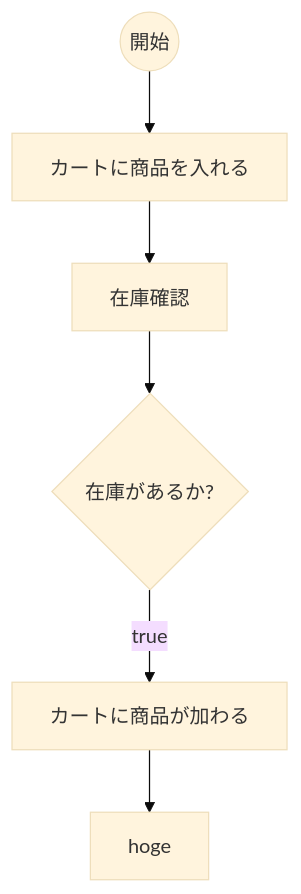
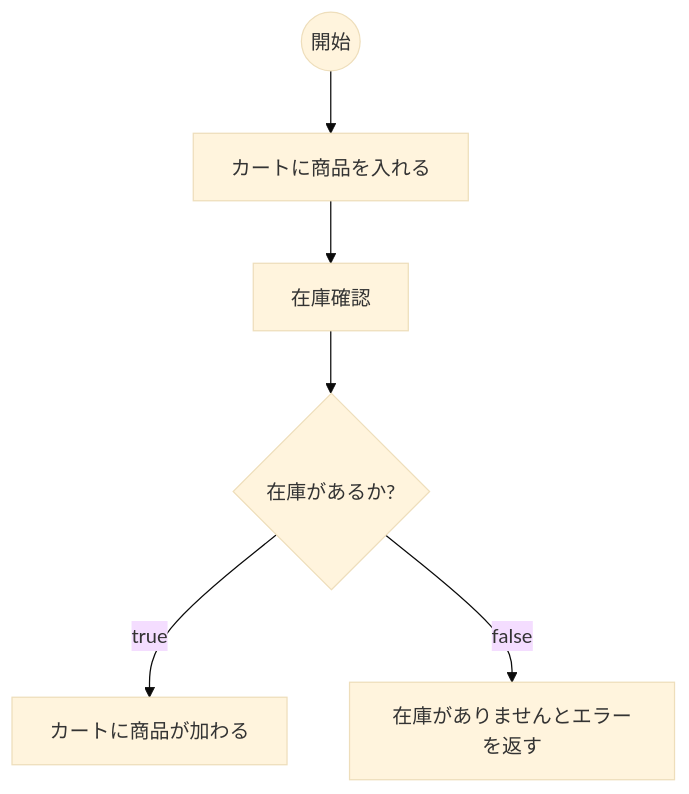
Before and after one commit to takesoo/obsidian: the diagram in アクティビティ図.md, drawn with Mermaid (base theme). The commit also changed 4 other files, not shown here.

````diff
--- a/アクティビティ図.md
+++ b/アクティビティ図.md
@@ -3,6 +3,7 @@
 ```mermaid
 graph TD
 start((開始)) --> カートに商品を入れる --> 在庫確認 --> check{在庫があるか?}
 check --true--> カートに商品が加わる
---> hoge
+check --false--> error[在庫がありませんとエラーを返す]
+
 ```
````
